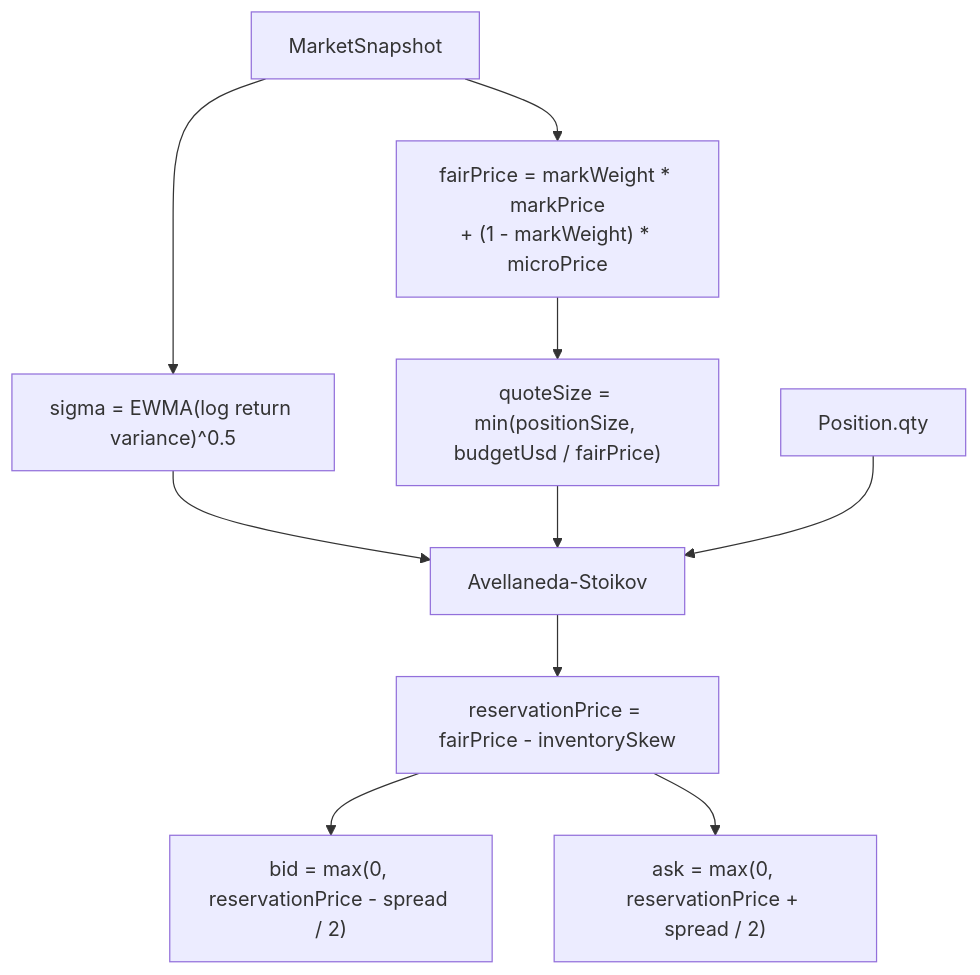
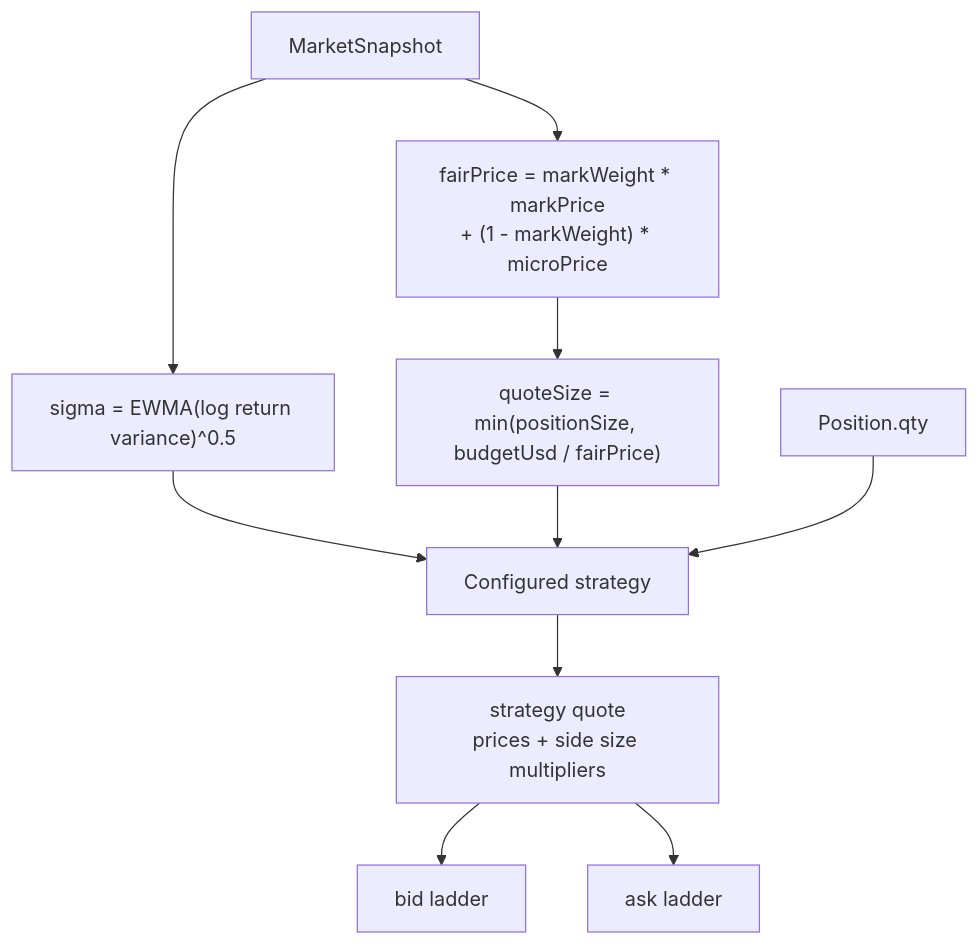
Before and after one commit to posaune0423/simple-mm-bot: the second of 7 diagrams in docs/storategy/README.md, drawn with Mermaid. The commit also changed other lines of this file and 58 other files, not shown here.

````diff
--- a/docs/storategy/README.md
+++ b/docs/storategy/README.md
@@ -68,12 +69,12 @@
 ```mermaid
 flowchart TD
   S["MarketSnapshot"] --> F["fairPrice = markWeight * markPrice<br/>+ (1 - markWeight) * microPrice"]
   S --> V["sigma = EWMA(log return variance)^0.5"]
   F --> Q["quoteSize = min(positionSize, budgetUsd / fairPrice)"]
-  V --> A["Avellaneda-Stoikov"]
+  V --> A["Configured strategy"]
   Q --> A
   P["Position.qty"] --> A
-  A --> R["reservationPrice = fairPrice - inventorySkew"]
-  R --> B["bid = max(0, reservationPrice - spread / 2)"]
-  R --> C["ask = max(0, reservationPrice + spread / 2)"]
+  A --> R["strategy quote<br/>prices + side size multipliers"]
+  R --> B["bid ladder"]
+  R --> C["ask ladder"]
 ```
````
